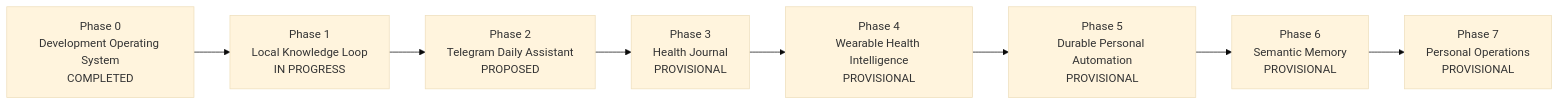
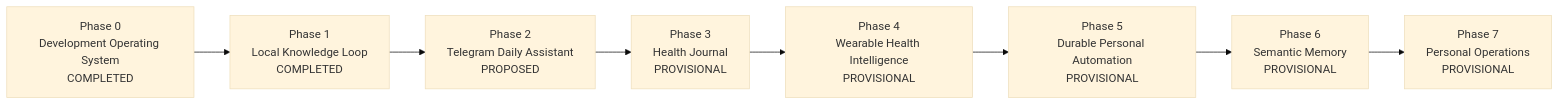
One commit to bo-ora/PAIOS changed the diagram in docs/ROADMAP.md. Above: the diagram before and after it, drawn with Mermaid (base theme). The commit also changed other lines of this file and 1 other file, not shown here.

First line of the commit message:
docs: mark Phase 1 completed and record closeout session

````diff
--- a/docs/ROADMAP.md
+++ b/docs/ROADMAP.md
@@ -27,13 +25,13 @@
 ```mermaid
 flowchart LR
     P0["Phase 0<br/>Development Operating System<br/>COMPLETED"]
-    P1["Phase 1<br/>Local Knowledge Loop<br/>IN PROGRESS"]
+    P1["Phase 1<br/>Local Knowledge Loop<br/>COMPLETED"]
     P2["Phase 2<br/>Telegram Daily Assistant<br/>PROPOSED"]
     P3["Phase 3<br/>Health Journal<br/>PROVISIONAL"]
     P4["Phase 4<br/>Wearable Health Intelligence<br/>PROVISIONAL"]
     P5["Phase 5<br/>Durable Personal Automation<br/>PROVISIONAL"]
     P6["Phase 6<br/>Semantic Memory<br/>PROVISIONAL"]
     P7["Phase 7<br/>Personal Operations<br/>PROVISIONAL"]
 
     P0 --> P1 --> P2 --> P3 --> P4 --> P5 --> P6 --> P7
 ```
````
